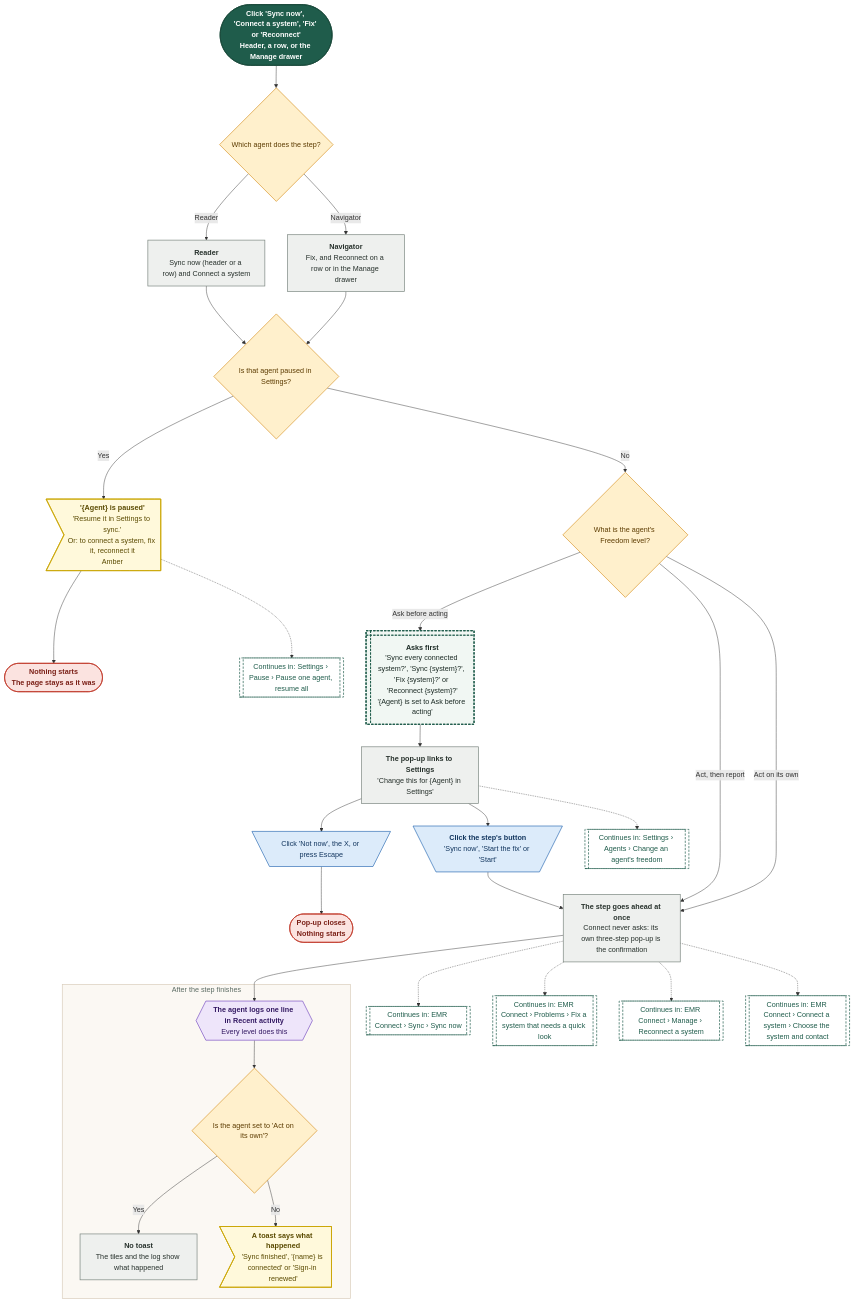
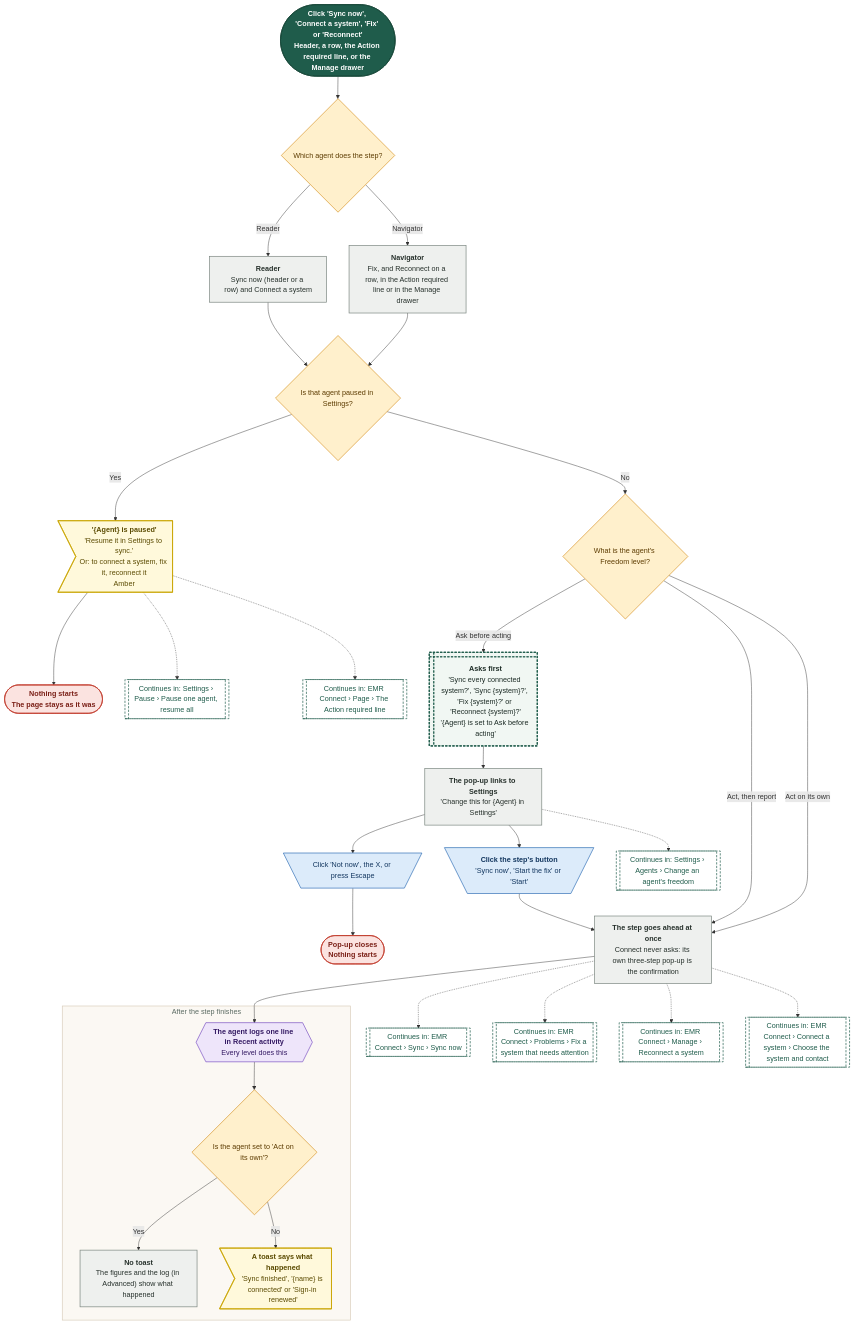
Before and after one commit to Shrav143/psyfloapp: the tenth of 20 diagrams in demos/prior-auth-demo/workflows/out/md/09-emr-connect.md, drawn with Mermaid. The commit also changed other lines of this file and 192 other files, not shown here.

First line of the commit message:
docs: changelog by sidebar tab; README, diagrams and Settings layout aligned with the refinement; shared InfoTip; referral cost-share line

````diff
--- a/demos/prior-auth-demo/workflows/out/md/09-emr-connect.md
+++ b/demos/prior-auth-demo/workflows/out/md/09-emr-connect.md
@@ -593,74 +738,76 @@
 ```mermaid
 %%{init: {"theme":"base","themeVariables":{"fontFamily":"'DM Sans', 'Segoe UI', system-ui, sans-serif","fontSize":"15px","lineColor":"#5B6B63","primaryTextColor":"#1C2B25","clusterBkg":"#FBF8F3","clusterBorder":"#D9CDBB","edgeLabelBackground":"#FFFFFF"},"flowchart":{"curve":"basis","nodeSpacing":36,"rankSpacing":48,"padding":12,"htmlLabels":true,"useMaxWidth":false,"wrappingWidth":230}} }%%
 flowchart TD
   classDef k_start fill:#1F5C4B,stroke:#174638,color:#FFFFFF,stroke-width:1.5px,font-weight:600
   classDef k_end fill:#DDEFE3,stroke:#2E7D4F,color:#14502F,stroke-width:1.5px,font-weight:600
   classDef k_endx fill:#FBE3E0,stroke:#C0392B,color:#7A1F16,stroke-width:1.5px,font-weight:600
   classDef k_screen fill:#FFFDF8,stroke:#1F5C4B,color:#1C2B25,stroke-width:2px
   classDef k_overlay fill:#F1F7F3,stroke:#1F5C4B,color:#1C2B25,stroke-width:2px,stroke-dasharray:5 3
   classDef k_click fill:#DCEBFA,stroke:#2F6DB5,color:#12365F,stroke-width:1.5px
   classDef k_input fill:#E4E7FF,stroke:#4C5FD5,color:#1D2670,stroke-width:1.5px
   classDef k_process fill:#EEF0EE,stroke:#7A857F,color:#26302B,stroke-width:1.5px
   classDef k_agent fill:#EEE5FA,stroke:#7A4FC2,color:#341A63,stroke-width:1.5px
   classDef k_decision fill:#FFF0CC,stroke:#D9962B,color:#5C3B00,stroke-width:1.5px
   classDef k_store fill:#D5F0EA,stroke:#1C8E7B,color:#0B4A3F,stroke-width:1.5px
   classDef k_doc fill:#F6E9DC,stroke:#B07A4C,color:#4A2E14,stroke-width:1.5px
   classDef k_ext fill:#FFE6D2,stroke:#E07B39,color:#6B2F06,stroke-width:1.5px
   classDef k_wait fill:#E4E8EE,stroke:#6B7C93,color:#26303D,stroke-width:1.5px
   classDef k_toast fill:#FFF9DB,stroke:#C9A400,color:#5A4A00,stroke-width:1.5px
   classDef k_goto fill:#FFFFFF,stroke:#1F5C4B,color:#1F5C4B,stroke-width:1.5px,stroke-dasharray:5 3
-  s1@{ shape: stadium, label: "<b>Click 'Sync now', 'Connect a system', 'Fix' or 'Reconnect'</b><br/>Header, a row, or the Manage drawer" }
+  s1@{ shape: stadium, label: "<b>Click 'Sync now', 'Connect a system', 'Fix' or 'Reconnect'</b><br/>Header, a row, the Action required line, or the Manage drawer" }
   q1@{ shape: diam, label: "Which agent does the step?" }
   a1@{ shape: rect, label: "<b>Reader</b><br/>Sync now (header or a row) and Connect a system" }
-  a2@{ shape: rect, label: "<b>Navigator</b><br/>Fix, and Reconnect on a row or in the Manage drawer" }
+  a2@{ shape: rect, label: "<b>Navigator</b><br/>Fix, and Reconnect on a row, in the Action required line or in the Manage drawer" }
   q2@{ shape: diam, label: "Is that agent paused in Settings?" }
   t1@{ shape: odd, label: "<b>'{Agent} is paused'</b><br/>'Resume it in Settings to sync.'<br/>Or: to connect a system, fix it, reconnect it<br/>Amber" }
   x1@{ shape: stadium, label: "<b>Nothing starts</b><br/>The page stays as it was" }
   q3@{ shape: diam, label: "What is the agent's Freedom level?" }
   o1@{ shape: win-pane, label: "<b>Asks first</b><br/>'Sync every connected system?', 'Sync {system}?', 'Fix {system}?' or 'Reconnect {system}?'<br/>'{Agent} is set to Ask before acting'" }
   o2@{ shape: rect, label: "<b>The pop-up links to Settings</b><br/>'Change this for {Agent} in Settings'" }
   c1@{ shape: trap-t, label: "Click 'Not now', the X, or press Escape" }
   x2@{ shape: stadium, label: "<b>Pop-up closes</b><br/>Nothing starts" }
   c2@{ shape: trap-t, label: "<b>Click the step's button</b><br/>'Sync now', 'Start the fix' or 'Start'" }
   p1@{ shape: rect, label: "<b>The step goes ahead at once</b><br/>Connect never asks: its own three-step pop-up is the confirmation" }
   subgraph gAfter ["After the step finishes"]
   r1@{ shape: hex, label: "<b>The agent logs one line in Recent activity</b><br/>Every level does this" }
   q4@{ shape: diam, label: "Is the agent set to 'Act on its own'?" }
-  n1@{ shape: rect, label: "<b>No toast</b><br/>The tiles and the log show what happened" }
+  n1@{ shape: rect, label: "<b>No toast</b><br/>The figures and the log (in Advanced) show what happened" }
   t2@{ shape: odd, label: "<b>A toast says what happened</b><br/>'Sync finished', '{name} is connected' or 'Sign-in renewed'" }
   end
   g1@{ shape: subproc, label: "Continues in: EMR Connect › Sync › Sync now" }
-  g2@{ shape: subproc, label: "Continues in: EMR Connect › Problems › Fix a system that needs a quick look" }
+  g2@{ shape: subproc, label: "Continues in: EMR Connect › Problems › Fix a system that needs attention" }
   g3@{ shape: subproc, label: "Continues in: EMR Connect › Manage › Reconnect a system" }
   g4@{ shape: subproc, label: "Continues in: EMR Connect › Connect a system › Choose the system and contact" }
   g5@{ shape: subproc, label: "Continues in: Settings › Agents › Change an agent's freedom" }
   g6@{ shape: subproc, label: "Continues in: Settings › Pause › Pause one agent, resume all" }
+  g7@{ shape: subproc, label: "Continues in: EMR Connect › Page › The Action required line" }
   s1 --> q1
   q1 -->|"Reader"| a1
   q1 -->|"Navigator"| a2
   a1 --> q2
   a2 --> q2
   q2 -->|"Yes"| t1 --> x1
   q2 -->|"No"| q3
   q3 -->|"Ask before acting"| o1 --> o2
   o2 --> c1 --> x2
   o2 --> c2 --> p1
   q3 -->|"Act, then report"| p1
   q3 -->|"Act on its own"| p1
   p1 --> r1 --> q4
   q4 -->|"Yes"| n1
   q4 -->|"No"| t2
   p1 -.-> g1 & g2 & g3 & g4
   t1 -.-> g6
+  t1 -.-> g7
   o2 -.-> g5
   class s1 k_start
   class q1,q2,q3,q4 k_decision
   class a1,a2,o2,p1,n1 k_process
   class t1,t2 k_toast
   class x1,x2 k_endx
   class o1 k_overlay
   class c1,c2 k_click
   class r1 k_agent
-  class g1,g2,g3,g4,g5,g6 k_goto
+  class g1,g2,g3,g4,g5,g6,g7 k_goto
   style gAfter fill:#FBF8F3,stroke:#D9CDBB,stroke-width:1.5px,color:#5B6B63
 ```
````
